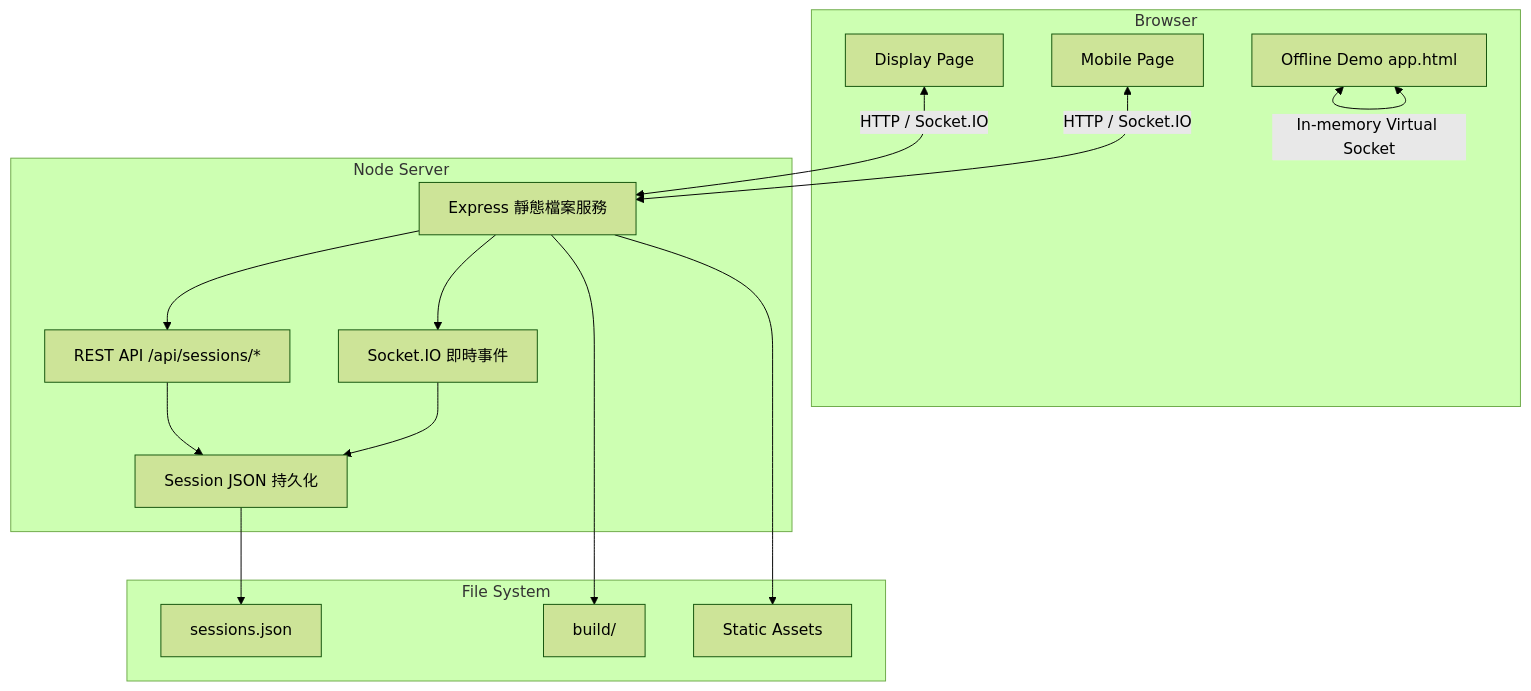
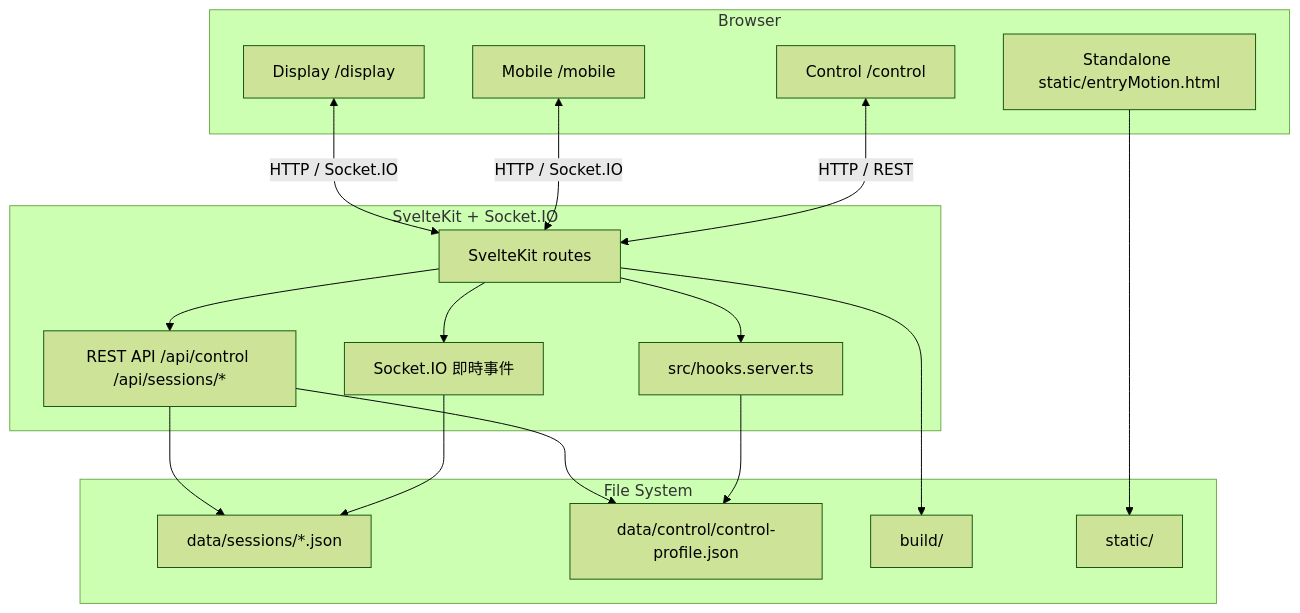
Before and after one commit to snowfallsout/colorfield: the first of 12 diagrams in devnotes/ARCHITECTURE.md, drawn with Mermaid (forest theme). The commit also changed other lines of this file and 1 other file, not shown here.

````diff
--- a/devnotes/ARCHITECTURE.md
+++ b/devnotes/ARCHITECTURE.md
@@ -83,33 +187,37 @@
 ```mermaid
 flowchart TB
   subgraph Browser[Browser]
-    D[Display Page]
-    M[Mobile Page]
-    O[Offline Demo app.html]
+    D[Display /display]
+    M[Mobile /mobile]
+    C[Control /control]
+    E0[Standalone static/entryMotion.html]
   end
 
-  subgraph NodeServer[Node Server]
-    E[Express 靜態檔案服務]
-    R[REST API /api/sessions/*]
+  subgraph NodeServer[SvelteKit + Socket.IO]
+    R[SvelteKit routes]
+    A[REST API /api/control /api/sessions/*]
     S[Socket.IO 即時事件]
-    P[Session JSON 持久化]
+    H[src/hooks.server.ts]
   end
 
   subgraph Storage[File System]
-    J[sessions.json]
+    J[data/sessions/*.json]
+    K[data/control/control-profile.json]
     B[build/]
-    A[Static Assets]
+    T[static/]
   end
 
-  D <-->|HTTP / Socket.IO| E
-  M <-->|HTTP / Socket.IO| E
-  O <-->|In-memory Virtual Socket| O
+  D <-->|HTTP / Socket.IO| R
+  M <-->|HTTP / Socket.IO| R
+  C <-->|HTTP / REST| R
+  E0 --> T
 
-  E --> R
-  E --> S
-  R --> P
-  S --> P
-  P --> J
-  E --> A
-  E --> B
+  R --> A
+  R --> S
+  R --> H
+  A --> J
+  A --> K
+  S --> J
+  H --> K
+  R --> B
 ```
````
